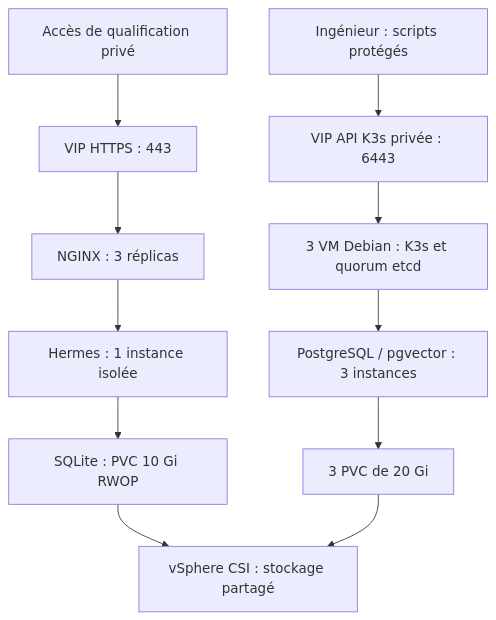
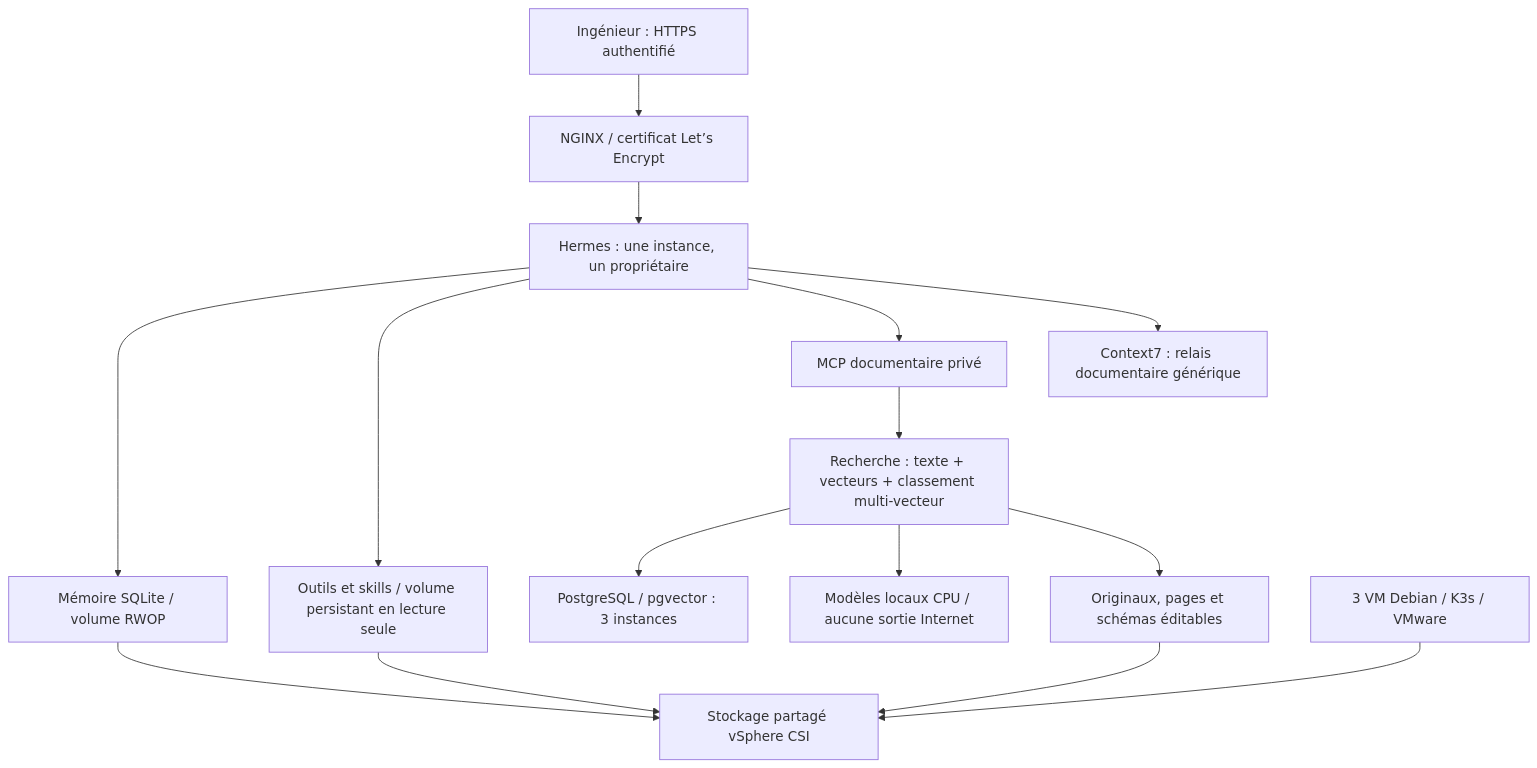
One commit to nicolastheuil/ArcIA changed the diagram in README.md. Above: the diagram before and after it, drawn with Mermaid. The commit also changed other lines of this file and 97 other files, not shown here.

````diff
--- a/README.md
+++ b/README.md
@@ -21,13 +11,17 @@
 ```mermaid
 flowchart TD
-  U["Accès de qualification privé"] --> V["VIP HTTPS : 443"]
-  V --> N["NGINX : 3 réplicas"]
-  N --> H["Hermes : 1 instance isolée"]
-  H --> S["SQLite : PVC 10 Gi RWOP"]
-  A["Ingénieur : scripts protégés"] --> K["VIP API K3s privée : 6443"]
-  K --> C["3 VM Debian : K3s et quorum etcd"]
-  C --> P["PostgreSQL / pgvector : 3 instances"]
-  P --> D["3 PVC de 20 Gi"]
-  S --> CSI["vSphere CSI : stockage partagé"]
-  D --> CSI
+  U["Ingénieur : HTTPS authentifié"] --> N["NGINX / certificat Let’s Encrypt"]
+  N --> H["Hermes : une instance, un propriétaire"]
+  H --> S["Mémoire SQLite / volume RWOP"]
+  H --> T["Outils et skills / volume persistant en lecture seule"]
+  H --> K["MCP documentaire privé"]
+  K --> Q["Recherche : texte + vecteurs + classement multi-vecteur"]
+  Q --> P["PostgreSQL / pgvector : 3 instances"]
+  Q --> M["Modèles locaux CPU / aucune sortie Internet"]
+  Q --> D["Originaux, pages et schémas éditables"]
+  H --> C["Context7 : relais documentaire générique"]
+  X["3 VM Debian / K3s / VMware"] --> V["Stockage partagé vSphere CSI"]
+  S --> V
+  T --> V
+  D --> V
 ```
````
